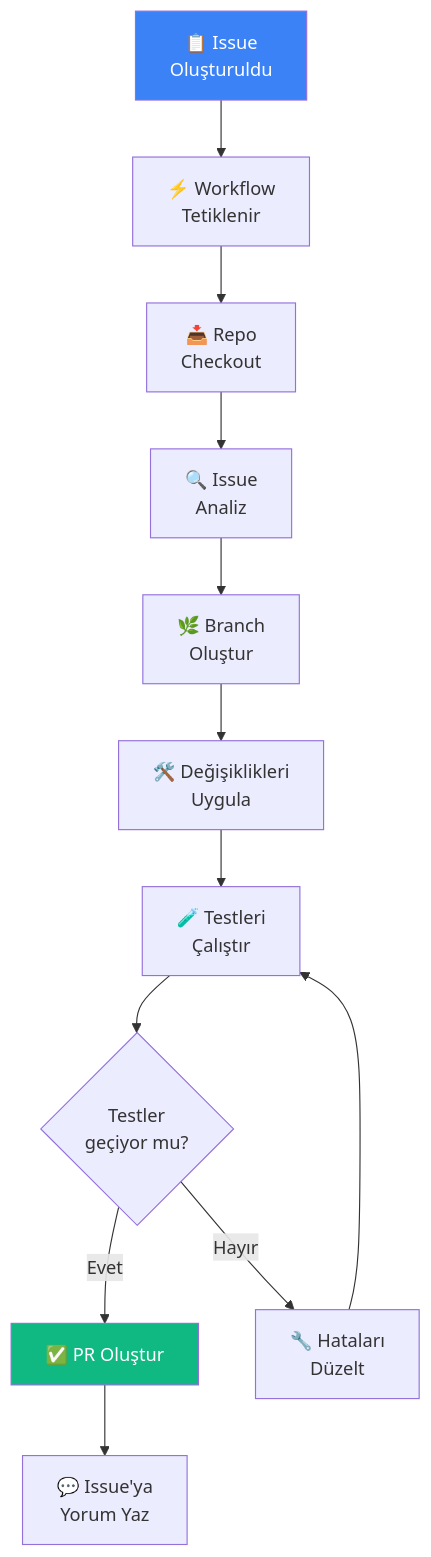
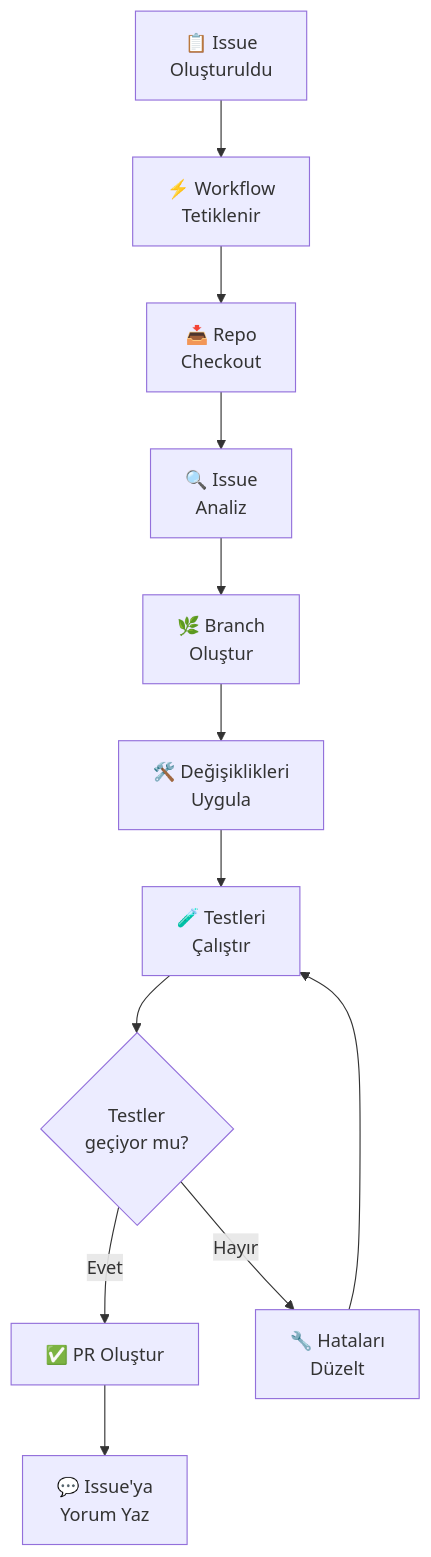
Before and after one commit to IzzetYasinAtes/ClaudeCodeHandbook: the second of 7 diagrams in 16-cicd-ve-devops/05-otomasyon-tarifleri.md, drawn with Mermaid. The commit also changed other lines of this file and 97 other files, not shown here.

Commit message:
Remove all custom Mermaid style/fill colors from 98 markdown files for consistent dark theme rendering

````diff
--- a/16-cicd-ve-devops/05-otomasyon-tarifleri.md
+++ b/16-cicd-ve-devops/05-otomasyon-tarifleri.md
@@ -45,20 +40,18 @@
 ```mermaid
 flowchart TB
     ISS["📋 Issue<br/>Oluşturuldu"]
     ISS --> TRIG["⚡ Workflow<br/>Tetiklenir"]
     TRIG --> CLONE["📥 Repo<br/>Checkout"]
     CLONE --> ANALYZE["🔍 Issue<br/>Analiz"]
     ANALYZE --> BRANCH["🌿 Branch<br/>Oluştur"]
     BRANCH --> IMPLEMENT["🛠️ Değişiklikleri<br/>Uygula"]
     IMPLEMENT --> TEST["🧪 Testleri<br/>Çalıştır"]
     
     TEST --> CHECK{"Testler<br/>geçiyor mu?"}
     CHECK -->|Evet| CREATE_PR["✅ PR Oluştur"]
     CHECK -->|Hayır| FIX["🔧 Hataları<br/>Düzelt"]
     FIX --> TEST
     
     CREATE_PR --> COMMENT["💬 Issue'ya<br/>Yorum Yaz"]
 
-    style ISS fill:#3B82F6,color:#fff
-    style CREATE_PR fill:#10B981,color:#fff
 ```
````
